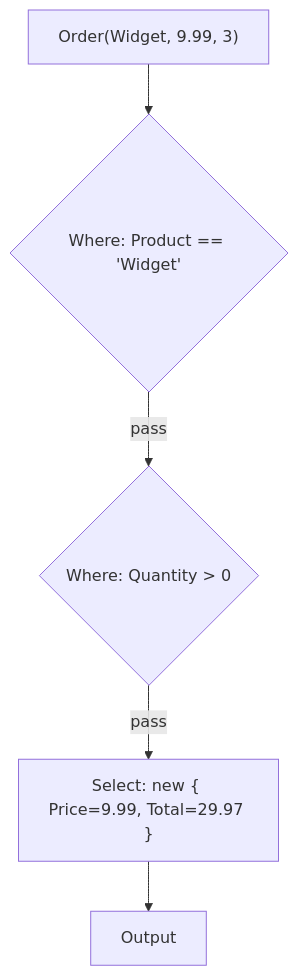
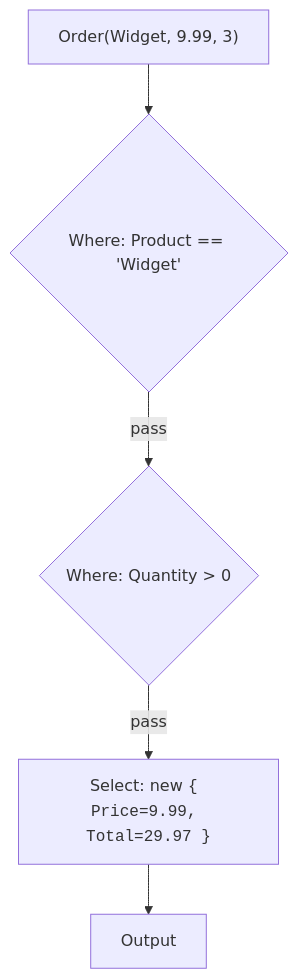
The second of 2 diagrams in content/learn/csharp-linq-functional/filtering-and-projection.mdx (dataslope/dataslope), drawn with Mermaid before and after one commit. The commit also changed 100 other files, not shown here.

First line of the commit message:
Wrap more code in diagram labels: filenames, hex, assignments, subgraph titles

````diff
--- a/content/learn/csharp-linq-functional/filtering-and-projection.mdx
+++ b/content/learn/csharp-linq-functional/filtering-and-projection.mdx
@@ -176,7 +176,7 @@
 ```mermaid
 flowchart TD
     O1["Order(Widget, 9.99, 3)"] --> W1{"Where: Product == 'Widget'"}
     W1 -->|"pass"| W2{"Where: Quantity > 0"}
-    W2 -->|"pass"| S["Select: new { Price=9.99, Total=29.97 }"]
+    W2 -->|"pass"| S["Select: new <code>{ Price=9.99, Total=29.97 }</code>"]
     S --> R[Output]
 ```
````
